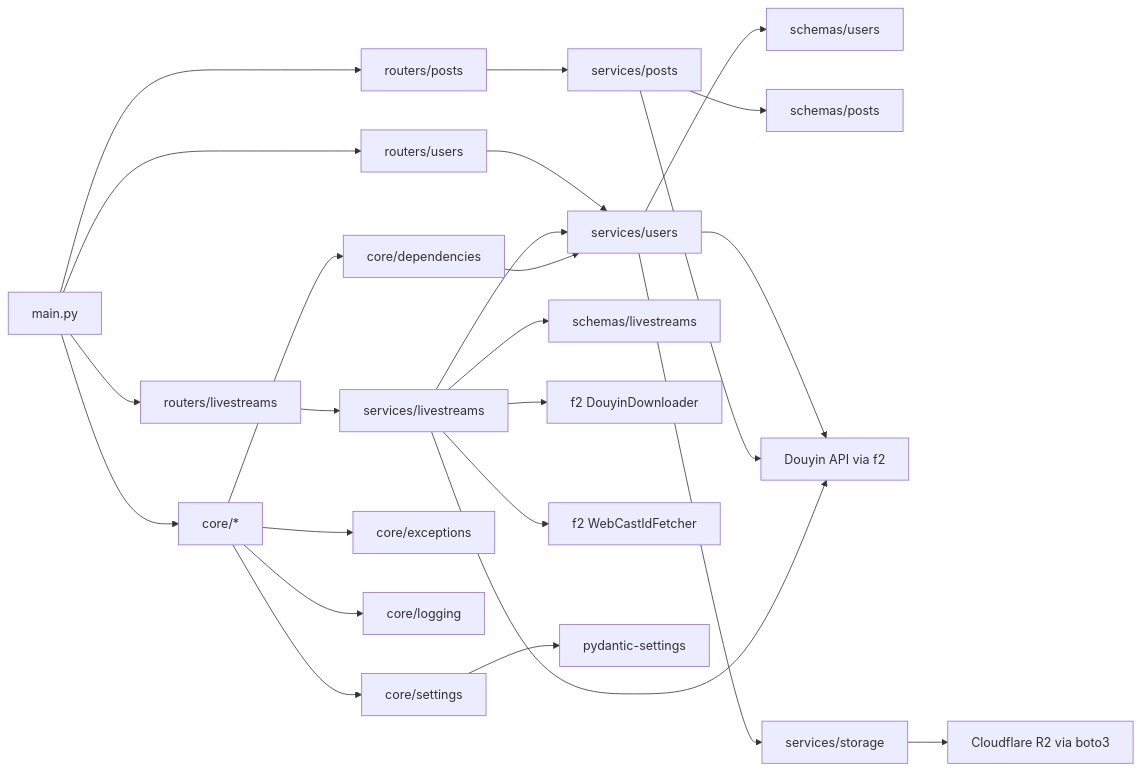
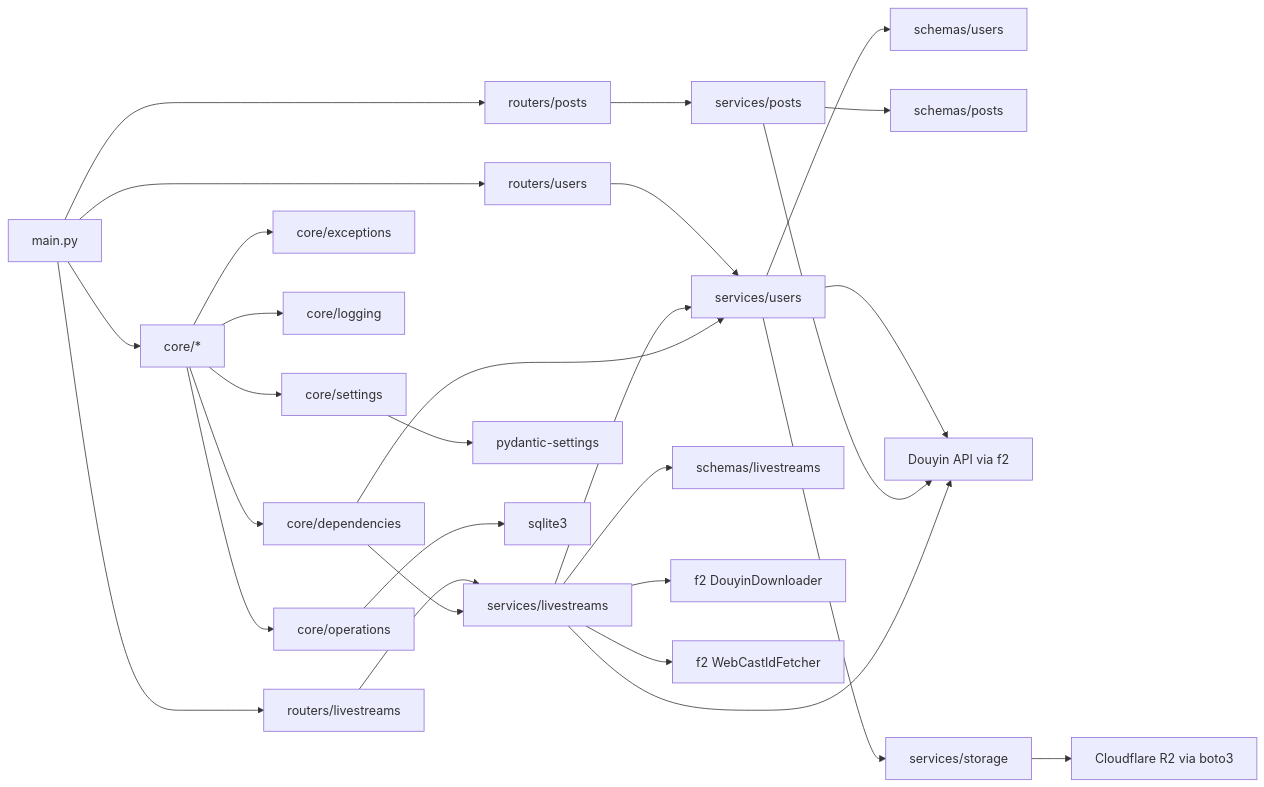
The diagram in docs/architecture/dependency-graph.md (memenow/dyvine), drawn with Mermaid before and after one commit. The commit also changed other lines of this file and 41 other files, not shown here.

````diff
--- a/docs/architecture/dependency-graph.md
+++ b/docs/architecture/dependency-graph.md
@@ -11,34 +11,37 @@
 ```mermaid
 graph LR
     Main[main.py] --> RouterU[routers/users]
     Main --> RouterP[routers/posts]
     Main --> RouterL[routers/livestreams]
     Main --> Core[core/*]
 
     RouterU --> SvcU[services/users]
     RouterP --> SvcP[services/posts]
     RouterL --> SvcL[services/livestreams]
 
     SvcU --> SchU[schemas/users]
     SvcP --> SchP[schemas/posts]
     SvcL --> SchL[schemas/livestreams]
 
     SvcU --> Douyin[Douyin API via f2]
     SvcP --> Douyin
     SvcL --> Douyin
     SvcL --> SvcU
 
     SvcL --> F2DL[f2 DouyinDownloader]
     SvcL --> F2Util[f2 WebCastIdFetcher]
 
     SvcU --> Storage[services/storage]
     Storage --> R2[Cloudflare R2 via boto3]
 
     Core --> Settings[core/settings]
     Core --> Exceptions[core/exceptions]
     Core --> Logging[core/logging]
     Core --> Deps[core/dependencies]
+    Core --> Ops[core/operations]
 
     Deps --> SvcU
+    Deps --> SvcL
     Settings --> PydanticSettings[pydantic-settings]
+    Ops --> SQLite[sqlite3]
 ```
````
